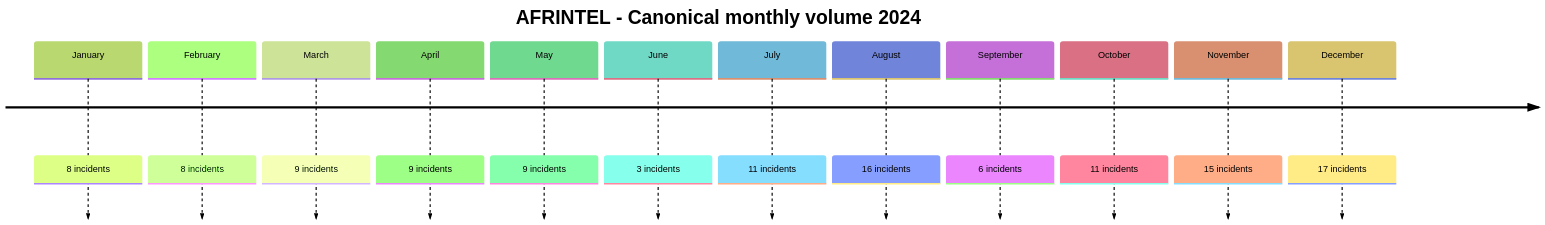
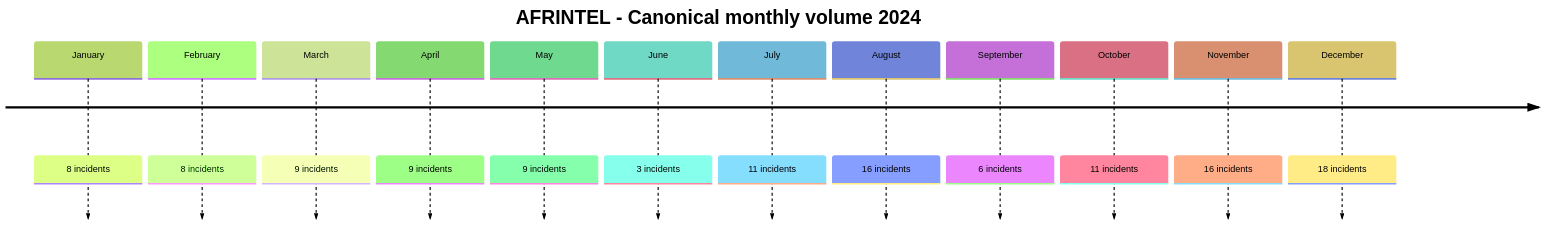
The first of 2 diagrams in CyberAttackAfrica/2024/README.md (Hatchepsoute/AFRINTEL), drawn with Mermaid (forest theme) before and after one commit. The commit also changed other lines of this file and 401 other files, not shown here.

````diff
--- a/CyberAttackAfrica/2024/README.md
+++ b/CyberAttackAfrica/2024/README.md
@@ -50,16 +50,16 @@
 ```mermaid
 timeline
     title AFRINTEL - Canonical monthly volume 2024
     January : 8 incidents
     February : 8 incidents
     March : 9 incidents
     April : 9 incidents
     May : 9 incidents
     June : 3 incidents
     July : 11 incidents
     August : 16 incidents
     September : 6 incidents
     October : 11 incidents
-    November : 15 incidents
-    December : 17 incidents
+    November : 16 incidents
+    December : 18 incidents
 ```
````
